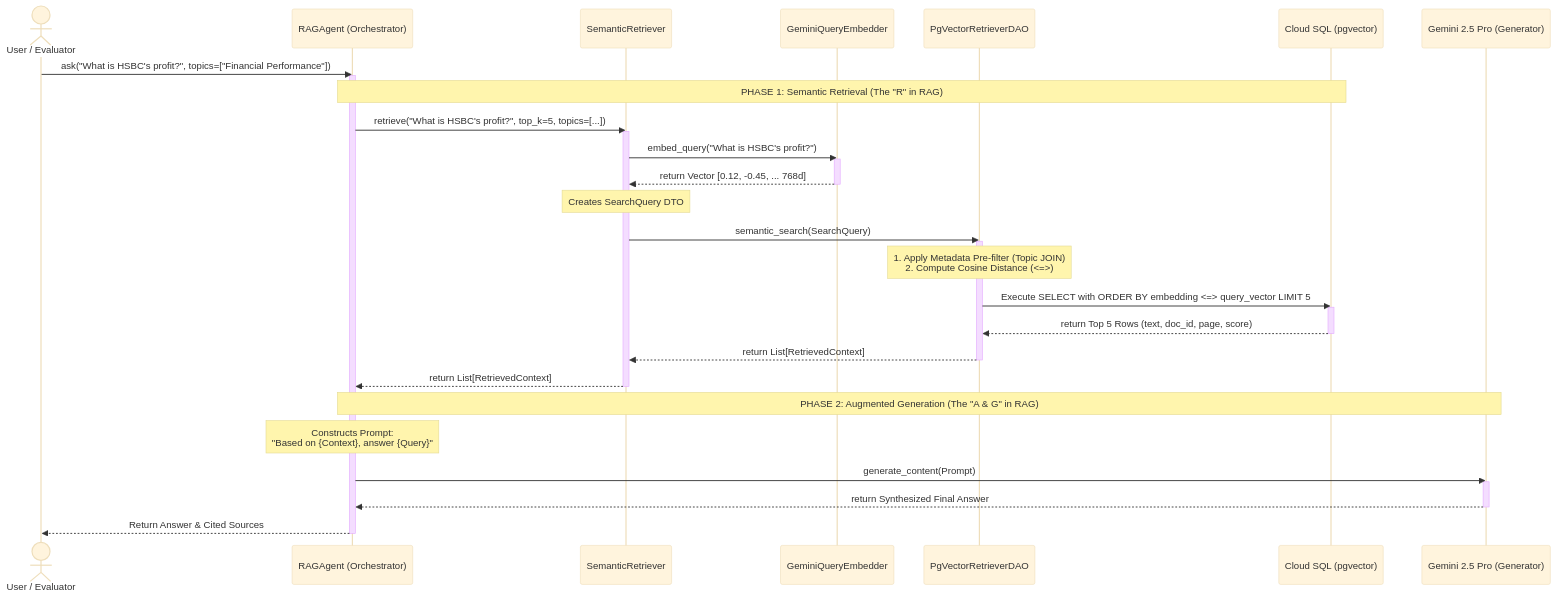
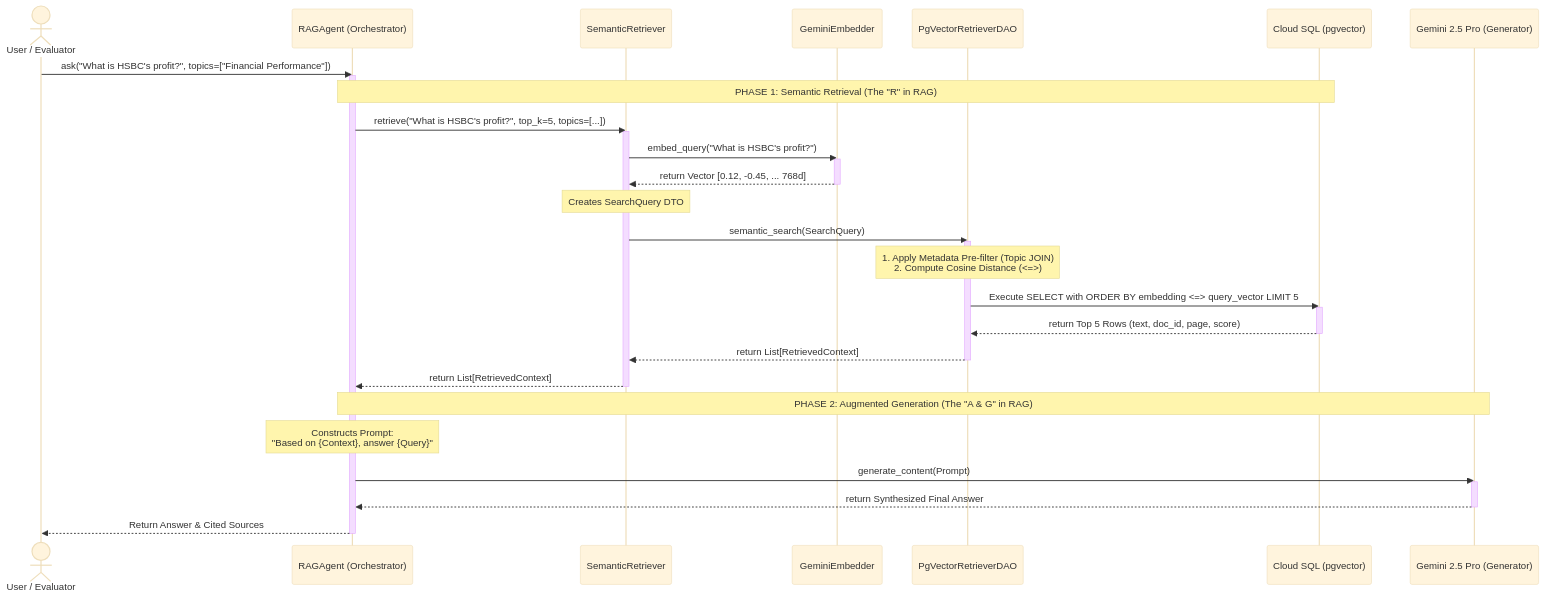
The second of 2 diagrams in docs/phase2_retriever_architecture.md (nvd11/automated-rag-evaluator), drawn with Mermaid (base theme) before and after one commit. The commit also changed other lines of this file and 2 other files, not shown here.

Commit message:
refactor: reuse GeminiEmbedder for Phase 2 query embedding to align vector spaces

````diff
--- a/docs/phase2_retriever_architecture.md
+++ b/docs/phase2_retriever_architecture.md
@@ -101,51 +102,51 @@
 ```mermaid
 sequenceDiagram
     actor Client as User / Evaluator
     participant RAG as RAGAgent (Orchestrator)
     participant Retriever as SemanticRetriever
-    participant Embedder as GeminiQueryEmbedder
+    participant Embedder as GeminiEmbedder
     participant DAO as PgVectorRetrieverDAO
     participant DB as Cloud SQL (pgvector)
     participant LLM as Gemini 2.5 Pro (Generator)
 
     Client->>RAG: ask("What is HSBC's profit?", topics=["Financial Performance"])
     activate RAG
 
     %% PHASE 1: Retrieval
     Note over RAG, DB: PHASE 1: Semantic Retrieval (The "R" in RAG)
     RAG->>Retriever: retrieve("What is HSBC's profit?", top_k=5, topics=[...])
     activate Retriever
     
     Retriever->>Embedder: embed_query("What is HSBC's profit?")
     activate Embedder
     Embedder-->>Retriever: return Vector [0.12, -0.45, ... 768d]
     deactivate Embedder
     
     Note over Retriever: Creates SearchQuery DTO
     Retriever->>DAO: semantic_search(SearchQuery)
     activate DAO
     
     Note over DAO: 1. Apply Metadata Pre-filter (Topic JOIN)<br/>2. Compute Cosine Distance (<=>)
     DAO->>DB: Execute SELECT with ORDER BY embedding <=> query_vector LIMIT 5
     activate DB
     DB-->>DAO: return Top 5 Rows (text, doc_id, page, score)
     deactivate DB
     
     DAO-->>Retriever: return List[RetrievedContext]
     deactivate DAO
     
     Retriever-->>RAG: return List[RetrievedContext]
     deactivate Retriever
 
     %% PHASE 2: Generation
     Note over RAG, LLM: PHASE 2: Augmented Generation (The "A & G" in RAG)
     Note over RAG: Constructs Prompt:<br/>"Based on {Context}, answer {Query}"
     
     RAG->>LLM: generate_content(Prompt)
     activate LLM
     LLM-->>RAG: return Synthesized Final Answer
     deactivate LLM
     
     RAG-->>Client: Return Answer & Cited Sources
     deactivate RAG
 ```
````
